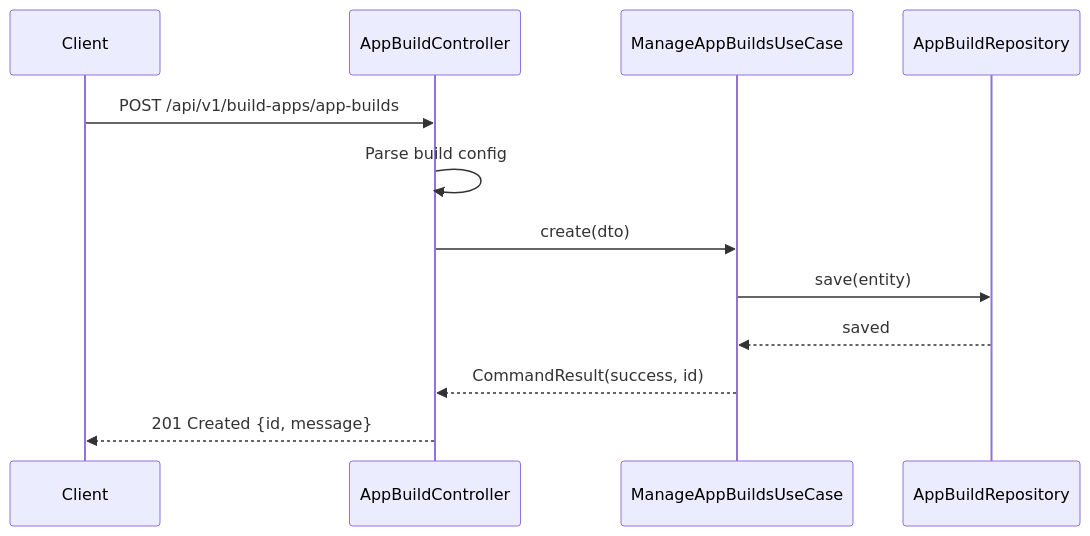
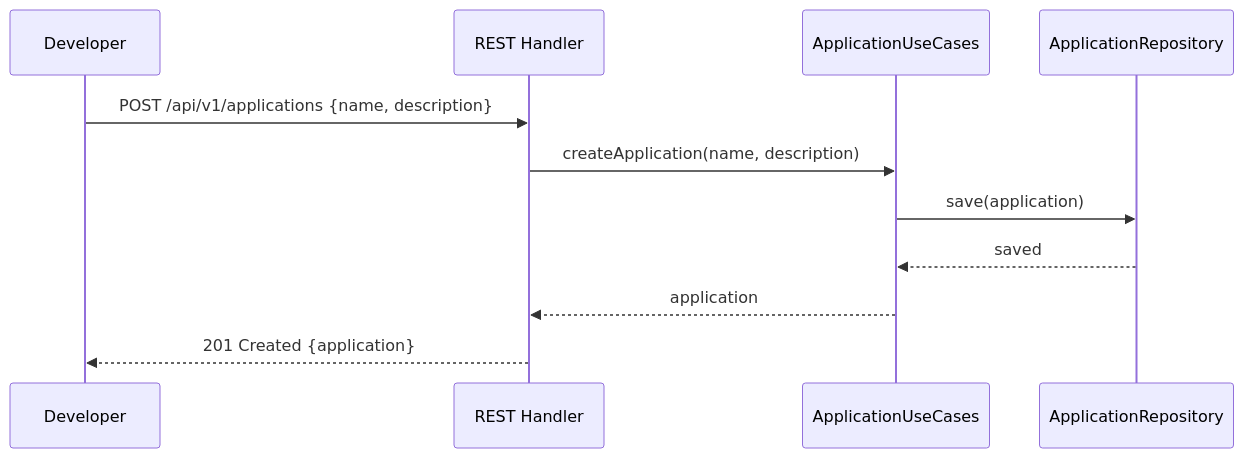
One commit to UIMSolutions/uim-platform changed the third of 3 diagrams in build-apps/UML.md. Above: the diagram before and after it, drawn with Mermaid. The commit also changed other lines of this file and 128 other files, not shown here.

Commit message:
Refactor UML documentation for Task Center and Transport services; streamline class diagrams, sequence diagrams, and component diagrams for clarity and consistency. Update NAFv4 architecture description to enhance structure and readability. Adjust container module imports for better organization.

````diff
--- a/build-apps/UML.md
+++ b/build-apps/UML.md
@@ -273,15 +107,14 @@
 ```mermaid
 sequenceDiagram
-    participant Client
-    participant AppBuildController
-    participant ManageAppBuildsUseCase
-    participant AppBuildRepository
+    participant D as Developer
+    participant R as REST Handler
+    participant UC as ApplicationUseCases
+    participant AR as ApplicationRepository
 
-    Client->>AppBuildController: POST /api/v1/build-apps/app-builds
-    AppBuildController->>AppBuildController: Parse build config
-    AppBuildController->>ManageAppBuildsUseCase: create(dto)
-    ManageAppBuildsUseCase->>AppBuildRepository: save(entity)
-    AppBuildRepository-->>ManageAppBuildsUseCase: saved
-    ManageAppBuildsUseCase-->>AppBuildController: CommandResult(success, id)
-    AppBuildController-->>Client: 201 Created {id, message}
+    D->>R: POST /api/v1/applications {name, description}
+    R->>UC: createApplication(name, description)
+    UC->>AR: save(application)
+    AR-->>UC: saved
+    UC-->>R: application
+    R-->>D: 201 Created {application}
 ```
````
